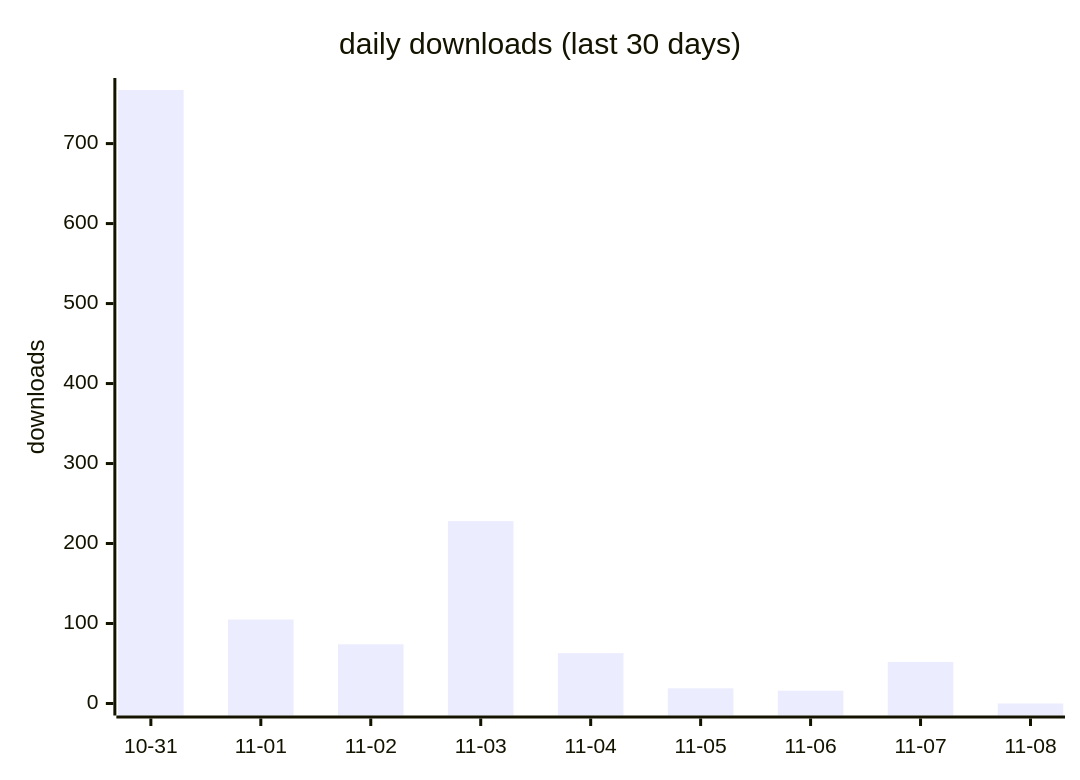
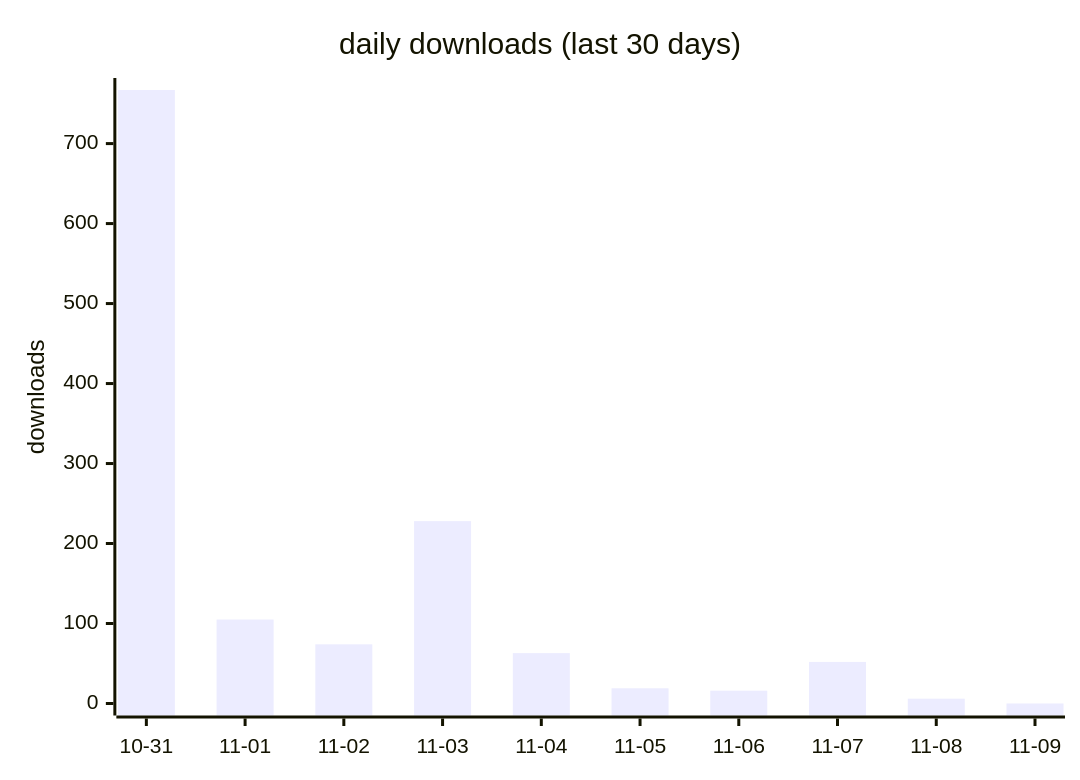
Before and after one commit to terry2010/opencode-loop-recover: the first of 2 diagrams in docs/downloads-2026.md, drawn with Mermaid. The commit also changed other lines of this file and 1 other file, not shown here.

````diff
--- a/docs/downloads-2026.md
+++ b/docs/downloads-2026.md
@@ -19,7 +19,7 @@
 ```mermaid
 xychart-beta
     title "daily downloads (last 30 days)"
-    x-axis ["10-31", "11-01", "11-02", "11-03", "11-04", "11-05", "11-06", "11-07", "11-08"]
+    x-axis ["10-31", "11-01", "11-02", "11-03", "11-04", "11-05", "11-06", "11-07", "11-08", "11-09"]
     y-axis "downloads" 0 --> 767
-    bar [767, 105, 74, 228, 63, 19, 16, 52, 0]
+    bar [767, 105, 74, 228, 63, 19, 16, 52, 6, 0]
 ```
````
